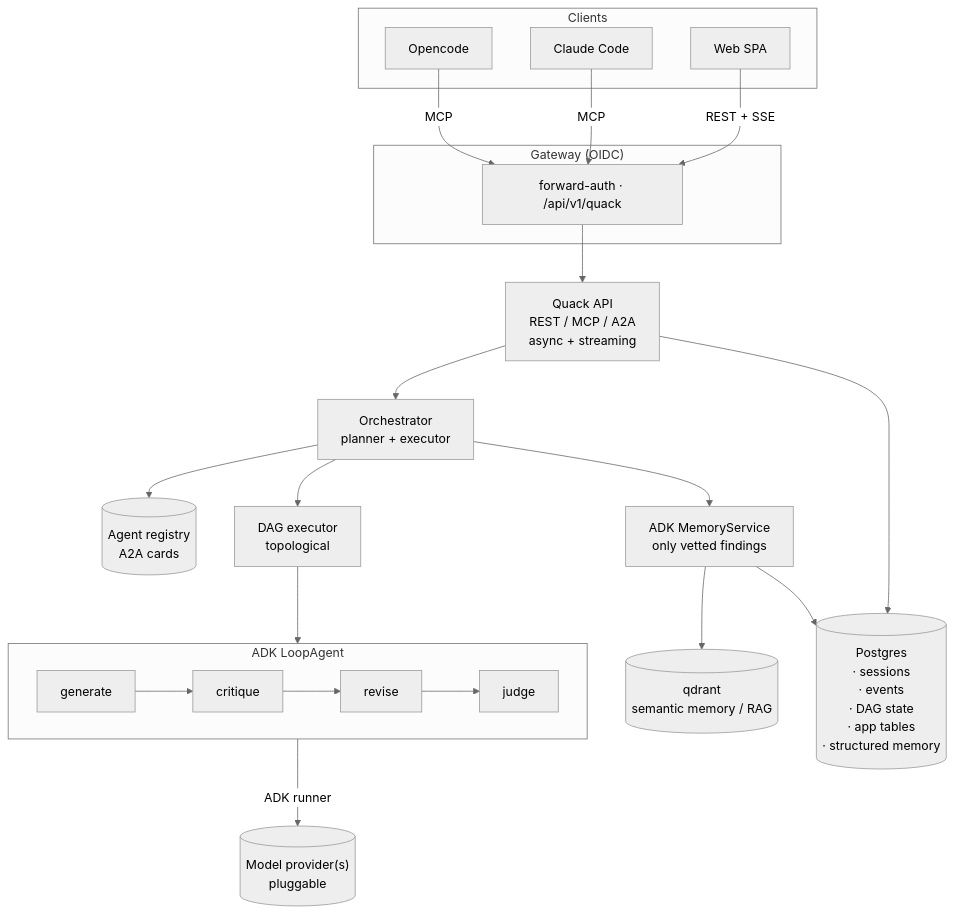
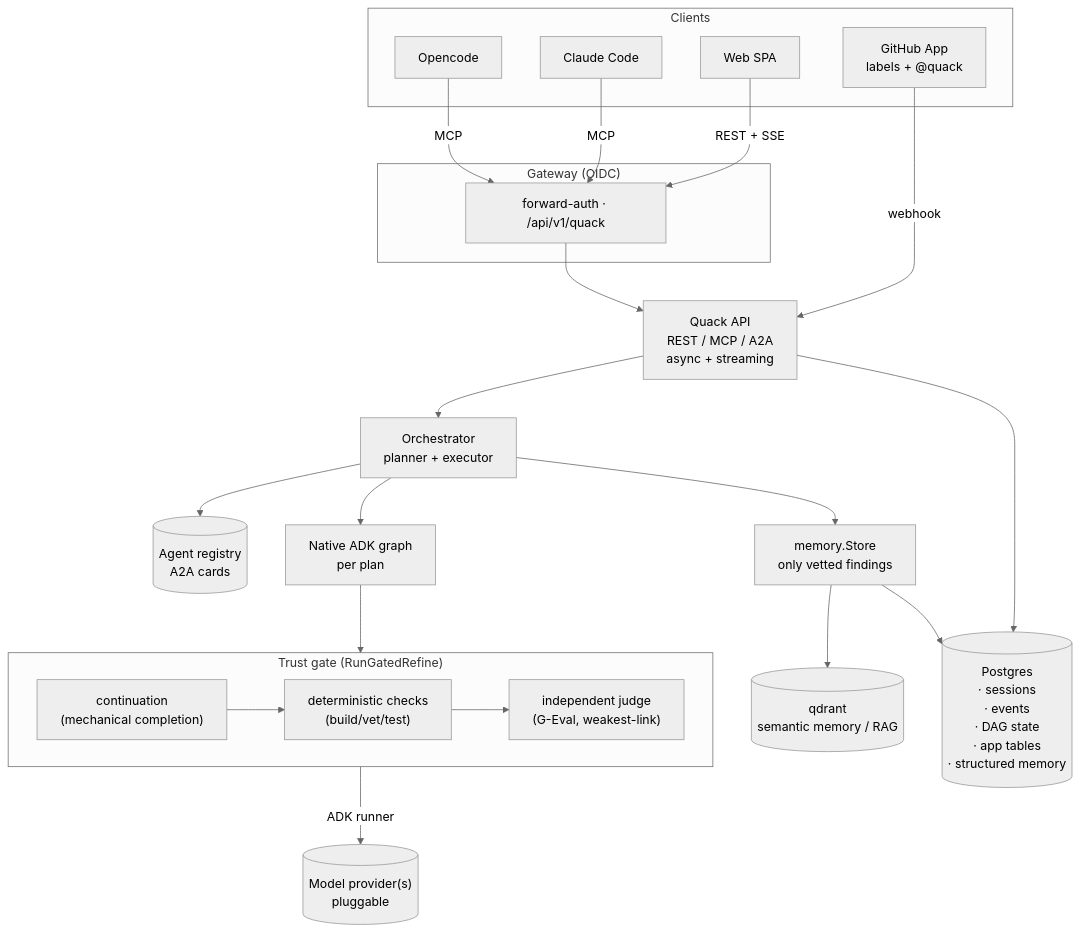
One commit to fagerbergj/quack changed the first of 2 diagrams in README.md. Above: the diagram before and after it, drawn with Mermaid (neutral theme). The commit also changed other lines of this file and 21 other files, not shown here.

````diff
--- a/README.md
+++ b/README.md
@@ -49,32 +49,34 @@
 ```mermaid
 flowchart TB
   subgraph Clients
     OC["Opencode"]
     CC["Claude Code"]
     SPA["Web SPA"]
+    GH["GitHub App<br/>labels + @quack"]
   end
 
   subgraph GW["Gateway (OIDC)"]
     FA["forward-auth · /api/v1/quack"]
   end
 
   OC -->|MCP| FA
   CC -->|MCP| FA
   SPA -->|REST + SSE| FA
+  GH -->|webhook| API
 
   FA --> API["Quack API<br/>REST / MCP / A2A<br/>async + streaming"]
   API --> ORCH["Orchestrator<br/>planner + executor"]
   ORCH --> REG[("Agent registry<br/>A2A cards")]
-  ORCH --> EX["DAG executor<br/>topological"]
+  ORCH --> EX["Native ADK graph<br/>per plan"]
   EX --> NODE
 
-  subgraph NODE["ADK LoopAgent"]
-    GEN["generate"] --> CRIT["critique"] --> REV["revise"] --> JUDGE["judge"]
+  subgraph NODE["Trust gate (RunGatedRefine)"]
+    CONT["continuation<br/>(mechanical completion)"] --> CHECK["deterministic checks<br/>(build/vet/test)"] --> JUDGE["independent judge<br/>(G-Eval, weakest-link)"]
   end
 
   NODE -->|ADK runner| LLM[("Model provider(s)<br/>pluggable")]
-  ORCH --> MEM["ADK MemoryService<br/>only vetted findings"]
+  ORCH --> MEM["memory.Store<br/>only vetted findings"]
   MEM --> QD[("qdrant<br/>semantic memory / RAG")]
   API --> PG[("Postgres<br/>· sessions <br>· events<br/>· DAG state<br>· app tables<br/>· structured memory")]
   MEM --> PG
 ```
````
